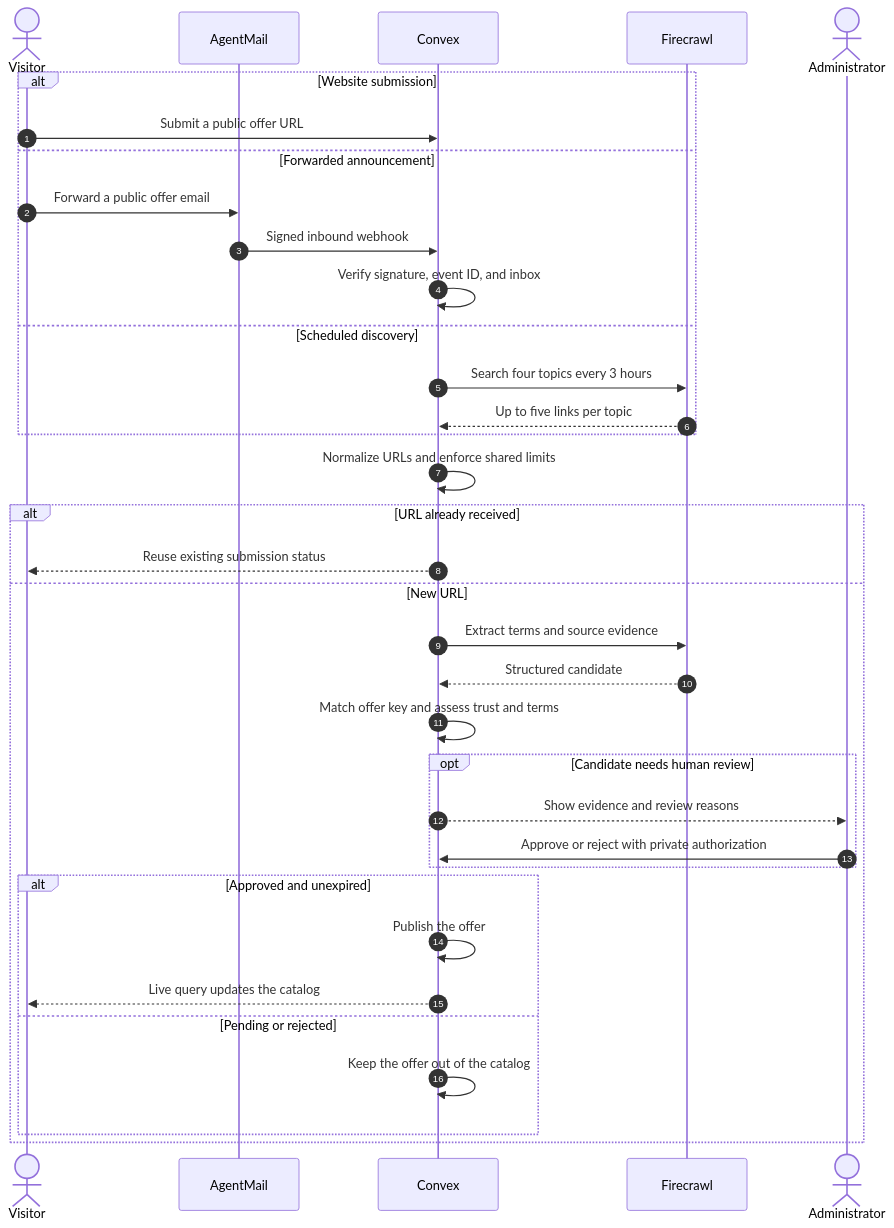
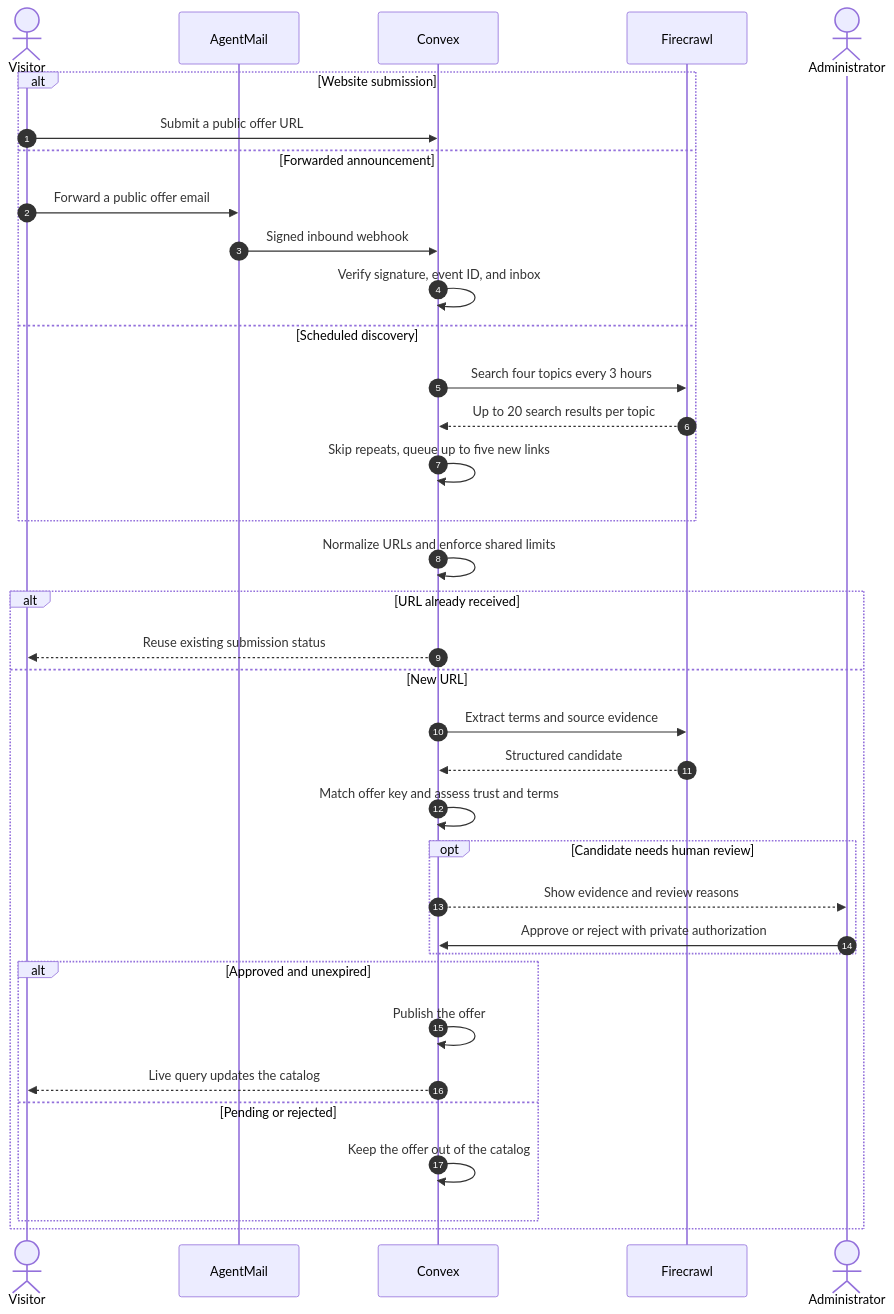
The diagram in README.md (sansynx/perkdrop-click), drawn with Mermaid before and after one commit. The commit also changed other lines of this file and 18 other files, not shown here.

````diff
--- a/README.md
+++ b/README.md
@@ -8,37 +10,38 @@
 ```mermaid
 sequenceDiagram
     autonumber
     actor Visitor
     participant Mail as AgentMail
     participant Backend as Convex
     participant Crawler as Firecrawl
     actor Admin as Administrator
     alt Website submission
         Visitor->>Backend: Submit a public offer URL
     else Forwarded announcement
         Visitor->>Mail: Forward a public offer email
         Mail->>Backend: Signed inbound webhook
         Backend->>Backend: Verify signature, event ID, and inbox
     else Scheduled discovery
         Backend->>Crawler: Search four topics every 3 hours
-        Crawler-->>Backend: Up to five links per topic
+        Crawler-->>Backend: Up to 20 search results per topic
+        Backend->>Backend: Skip repeats, queue up to five new links
     end
     Backend->>Backend: Normalize URLs and enforce shared limits
     alt URL already received
         Backend-->>Visitor: Reuse existing submission status
     else New URL
         Backend->>Crawler: Extract terms and source evidence
         Crawler-->>Backend: Structured candidate
         Backend->>Backend: Match offer key and assess trust and terms
         opt Candidate needs human review
             Backend-->>Admin: Show evidence and review reasons
             Admin->>Backend: Approve or reject with private authorization
         end
         alt Approved and unexpired
             Backend->>Backend: Publish the offer
             Backend-->>Visitor: Live query updates the catalog
         else Pending or rejected
             Backend->>Backend: Keep the offer out of the catalog
         end
     end
 ```
````
